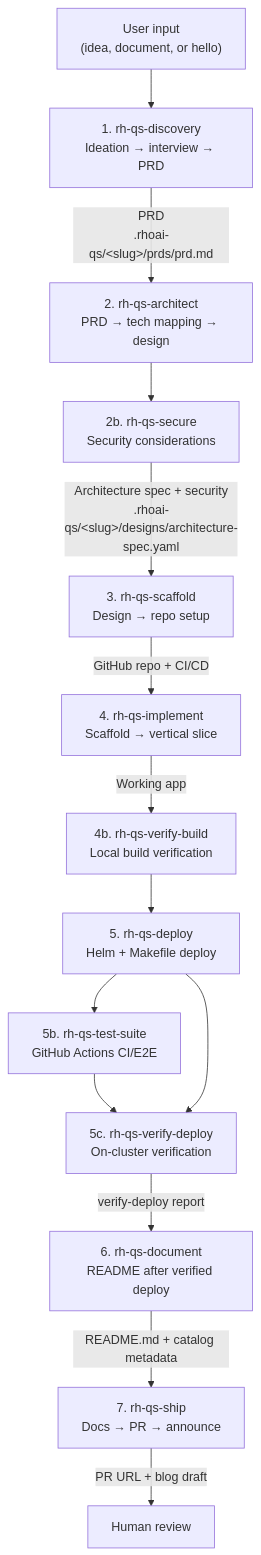
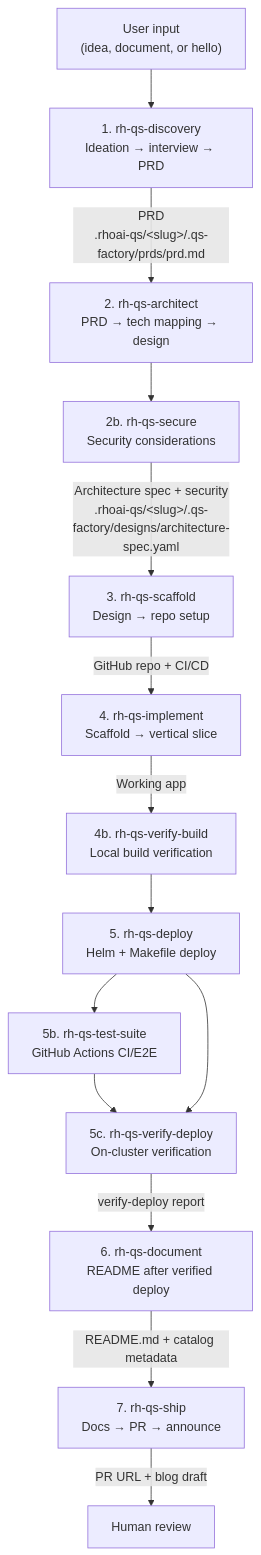
One commit to YosiElias/quickstart-factory changed the diagram in docs/NEW_QUICKSTART_SKILLS.md. Above: the diagram before and after it, drawn with Mermaid. The commit also changed other lines of this file and 31 other files, not shown here.

````diff
--- a/docs/NEW_QUICKSTART_SKILLS.md
+++ b/docs/NEW_QUICKSTART_SKILLS.md
@@ -8,30 +8,30 @@
 ```mermaid
 flowchart TB
     Input["User input<br/>(idea, document, or hello)"]
 
     D["1. rh-qs-discovery<br/>Ideation → interview → PRD"]
     A["2. rh-qs-architect<br/>PRD → tech mapping → design"]
     Sec["2b. rh-qs-secure<br/>Security considerations"]
     S["3. rh-qs-scaffold<br/>Design → repo setup"]
     I["4. rh-qs-implement<br/>Scaffold → vertical slice"]
     VB["4b. rh-qs-verify-build<br/>Local build verification"]
     Dep["5. rh-qs-deploy<br/>Helm + Makefile deploy"]
     T["5b. rh-qs-test-suite<br/>GitHub Actions CI/E2E"]
     VD["5c. rh-qs-verify-deploy<br/>On-cluster verification"]
     Doc["6. rh-qs-document<br/>README after verified deploy"]
     Sh["7. rh-qs-ship<br/>Docs → PR → announce"]
 
     Input --> D
-    D -->|"PRD<br/>.rhoai-qs/&lt;slug&gt;/prds/prd.md"| A
+    D -->|"PRD<br/>.rhoai-qs/&lt;slug&gt;/.qs-factory/prds/prd.md"| A
     A --> Sec
-    Sec -->|"Architecture spec + security<br/>.rhoai-qs/&lt;slug&gt;/designs/architecture-spec.yaml"| S
+    Sec -->|"Architecture spec + security<br/>.rhoai-qs/&lt;slug&gt;/.qs-factory/designs/architecture-spec.yaml"| S
     S -->|"GitHub repo + CI/CD"| I
     I -->|"Working app"| VB
     VB --> Dep
     Dep --> T
     T --> VD
     Dep --> VD
     VD -->|"verify-deploy report"| Doc
     Doc -->|"README.md + catalog metadata"| Sh
     Sh -->|"PR URL + blog draft"| Review["Human review"]
 ```
````
